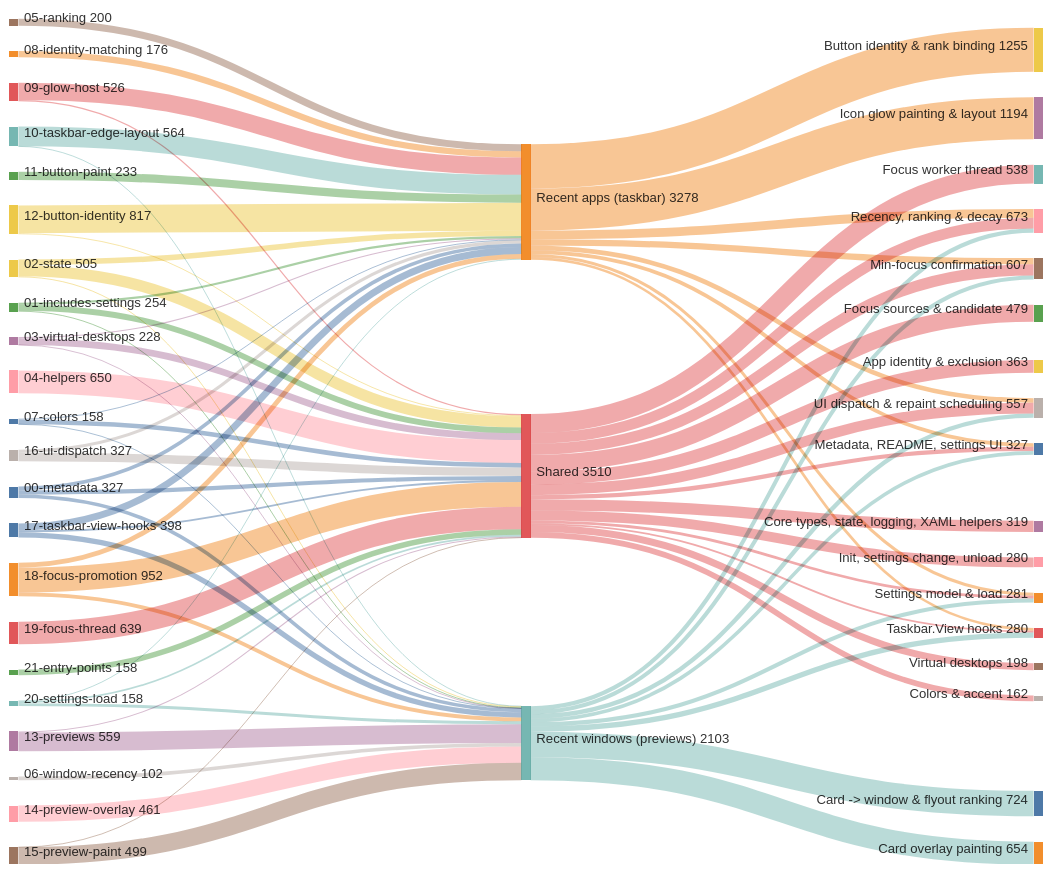
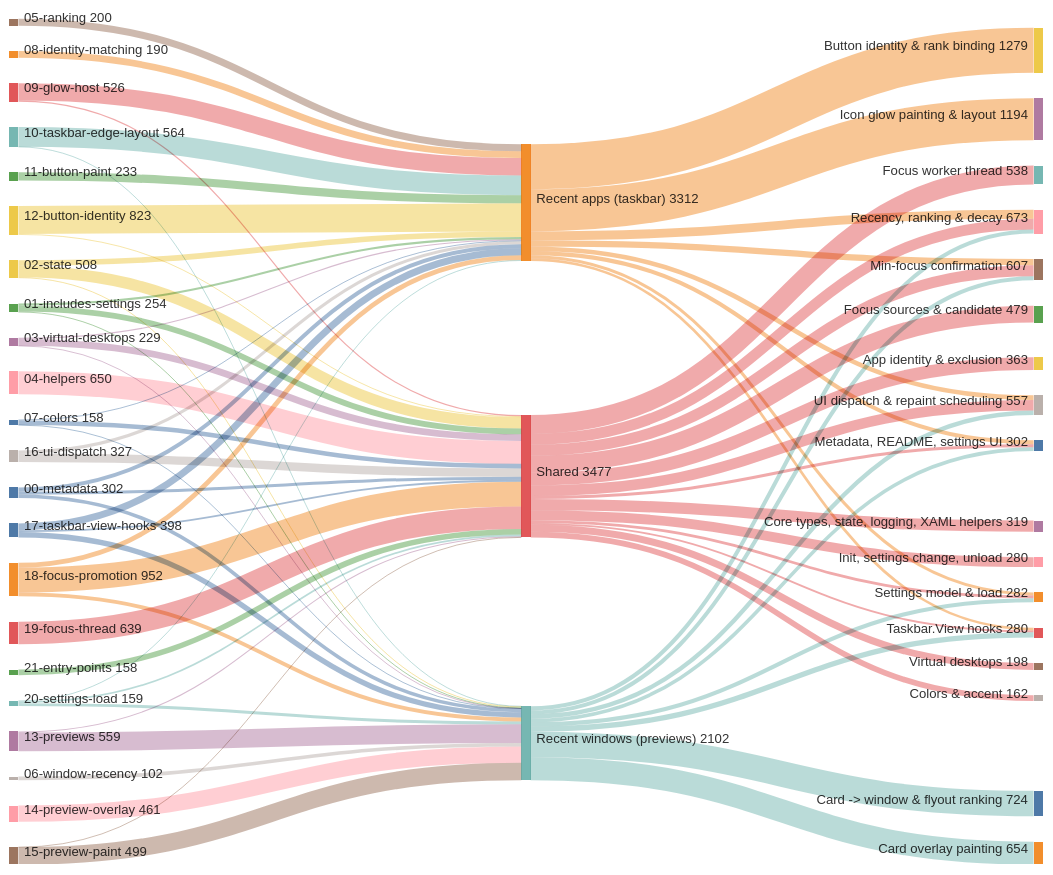
The second of 5 diagrams in doc/code/code-breakdown.md (jvlasek/taskbar-recent-focus-highlight), drawn with Mermaid before and after one commit. The commit also changed other lines of this file and 41 other files, not shown here.

````diff
--- a/doc/code/code-breakdown.md
+++ b/doc/code/code-breakdown.md
@@ -37,16 +37,16 @@
     height: 900
 ---
 sankey-beta
-00-metadata,"Recent apps (taskbar)",105
-00-metadata,"Shared",119
-00-metadata,"Recent windows (previews)",103
+00-metadata,"Recent apps (taskbar)",115
+00-metadata,"Shared",85
+00-metadata,"Recent windows (previews)",102
 01-includes-settings,"Recent apps (taskbar)",61
 01-includes-settings,"Shared",165
 01-includes-settings,"Recent windows (previews)",28
-02-state,"Recent apps (taskbar)",156
+02-state,"Recent apps (taskbar)",159
 02-state,"Shared",321
 02-state,"Recent windows (previews)",28
-03-virtual-desktops,"Recent apps (taskbar)",31
+03-virtual-desktops,"Recent apps (taskbar)",32
 03-virtual-desktops,"Shared",192
 03-virtual-desktops,"Recent windows (previews)",5
 04-helpers,"Shared",650
@@ -55,13 +55,13 @@
 07-colors,"Recent apps (taskbar)",27
 07-colors,"Shared",129
 07-colors,"Recent windows (previews)",2
-08-identity-matching,"Recent apps (taskbar)",176
+08-identity-matching,"Recent apps (taskbar)",190
 09-glow-host,"Recent apps (taskbar)",493
 09-glow-host,"Shared",33
 10-taskbar-edge-layout,"Recent apps (taskbar)",560
 10-taskbar-edge-layout,"Recent windows (previews)",4
 11-button-paint,"Recent apps (taskbar)",233
-12-button-identity,"Recent apps (taskbar)",791
+12-button-identity,"Recent apps (taskbar)",797
 12-button-identity,"Shared",26
 13-previews,"Shared",29
 13-previews,"Recent windows (previews)",530
@@ -78,15 +78,15 @@
 18-focus-promotion,"Recent windows (previews)",110
 19-focus-thread,"Shared",639
 20-settings-load,"Recent apps (taskbar)",26
-20-settings-load,"Shared",48
+20-settings-load,"Shared",49
 20-settings-load,"Recent windows (previews)",84
 21-entry-points,"Shared",158
-"Recent apps (taskbar)","Button identity & rank binding",1255
+"Recent apps (taskbar)","Button identity & rank binding",1279
 "Recent apps (taskbar)","Icon glow painting & layout",1194
 "Recent apps (taskbar)","Recency, ranking & decay",251
 "Recent apps (taskbar)","Min-focus confirmation",178
 "Recent apps (taskbar)","UI dispatch & repaint scheduling",131
-"Recent apps (taskbar)","Metadata, README, settings UI",105
+"Recent apps (taskbar)","Metadata, README, settings UI",115
 "Recent apps (taskbar)","Settings model & load",87
 "Recent apps (taskbar)","Taskbar.View hooks",77
 "Shared","Focus worker thread",538
@@ -99,8 +99,8 @@
 "Shared","Init, settings change, unload",280
 "Shared","Virtual desktops",198
 "Shared","Colors & accent",162
-"Shared","Metadata, README, settings UI",119
-"Shared","Settings model & load",78
+"Shared","Metadata, README, settings UI",85
+"Shared","Settings model & load",79
 "Shared","Taskbar.View hooks",52
 "Recent windows (previews)","Card -> window & flyout ranking",724
 "Recent windows (previews)","Card overlay painting",654
@@ -109,5 +109,5 @@
 "Recent windows (previews)","Recency, ranking & decay",116
 "Recent windows (previews)","Settings model & load",116
 "Recent windows (previews)","Min-focus confirmation",115
-"Recent windows (previews)","Metadata, README, settings UI",103
+"Recent windows (previews)","Metadata, README, settings UI",102
 ```
````
